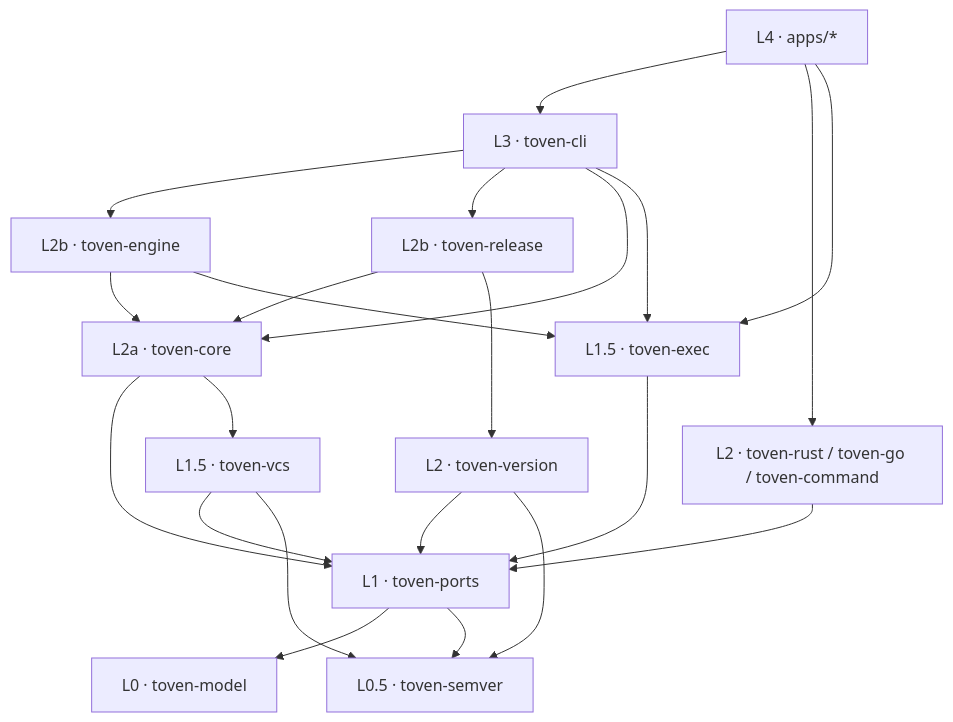
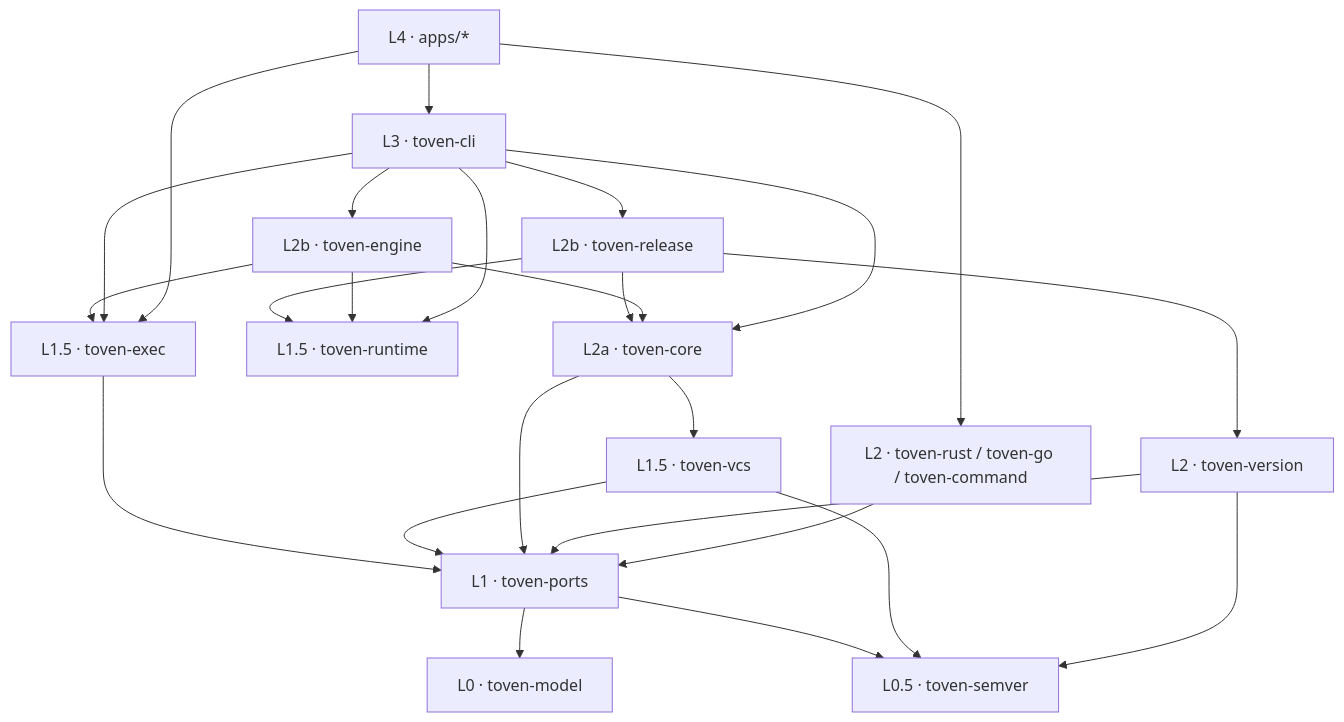
One commit to kbukum/toven changed the first of 4 diagrams in docs/architecture.md. Above: the diagram before and after it, drawn with Mermaid. The commit also changed other lines of this file and 70 other files, not shown here.

Commit message:
feat(runtime): add generic streaming unit-operation engine (#189)

````diff
--- a/docs/architecture.md
+++ b/docs/architecture.md
@@ -26,37 +27,41 @@
 ```mermaid
 flowchart TB
     model["L0 · toven-model"]
     semver["L0.5 · toven-semver"]
     ports["L1 · toven-ports"]
     exec["L1.5 · toven-exec"]
     vcs["L1.5 · toven-vcs"]
+    runtime["L1.5 · toven-runtime"]
     core["L2a · toven-core"]
     version["L2 · toven-version"]
     release["L2b · toven-release"]
     engine["L2b · toven-engine"]
     ecosystems["L2 · toven-rust / toven-go / toven-command"]
     cli["L3 · toven-cli"]
     apps["L4 · apps/*"]
 
     ports --> model
     ports --> semver
     exec --> ports
     vcs --> ports
     vcs --> semver
     core --> ports
     core --> vcs
     version --> ports
     version --> semver
     release --> core
     release --> version
+    release --> runtime
     engine --> core
     engine --> exec
+    engine --> runtime
     ecosystems --> ports
     cli --> engine
     cli --> release
     cli --> core
     cli --> exec
+    cli --> runtime
     apps --> cli
     apps --> ecosystems
     apps --> exec
 ```
````
